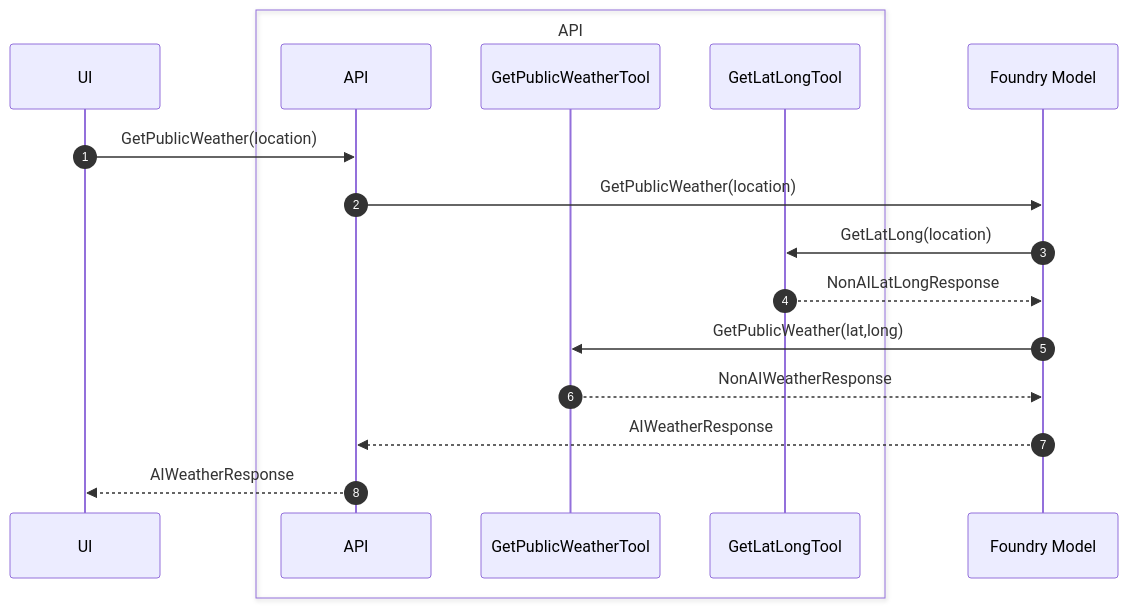
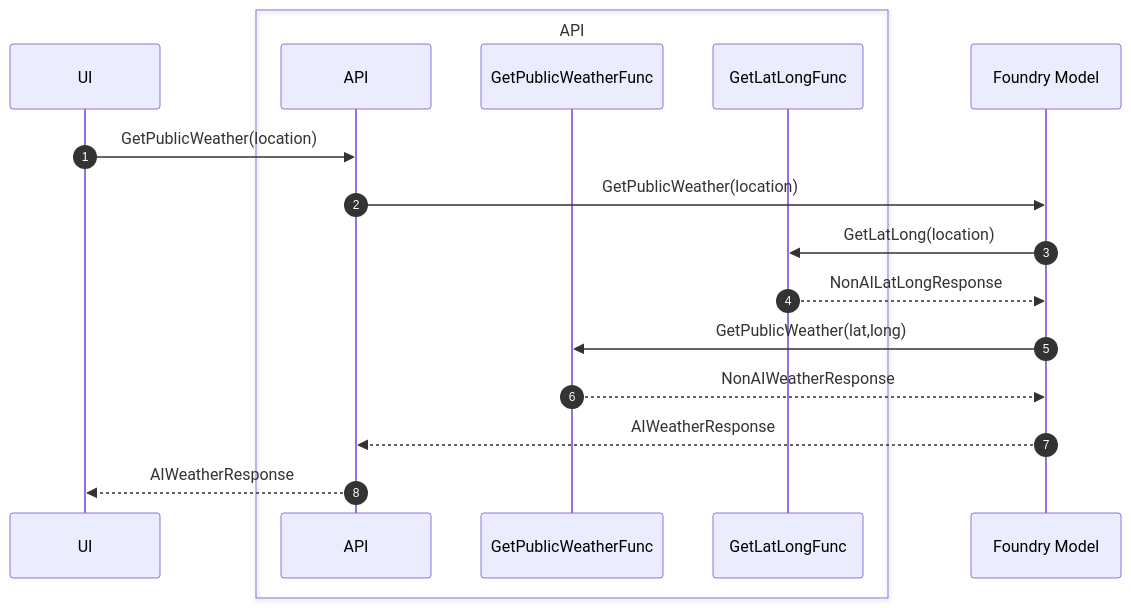
The first of 2 diagrams in docs/3-foundry-mcp/agents-models-mcp.md (dustinkorzaan/weather-1116), drawn with Mermaid before and after one commit.

Commit message:
V3 only: rename Tool participants to Func

````diff
--- a/docs/3-foundry-mcp/agents-models-mcp.md
+++ b/docs/3-foundry-mcp/agents-models-mcp.md
@@ -53,20 +53,20 @@
   ```mermaid
   sequenceDiagram
       autonumber
       participant UI
       box API
           participant API
-          participant GetPublicWeatherTool
-          participant GetLatLongTool
+          participant GetPublicWeatherFunc
+          participant GetLatLongFunc
       end
       participant Model as Foundry Model
 
       UI->>API: GetPublicWeather(location)
       API->>Model: GetPublicWeather(location)
-      Model->>GetLatLongTool: GetLatLong(location)
-      GetLatLongTool-->>Model: NonAILatLongResponse
-      Model->>GetPublicWeatherTool: GetPublicWeather(lat,long)
-      GetPublicWeatherTool-->>Model: NonAIWeatherResponse
+      Model->>GetLatLongFunc: GetLatLong(location)
+      GetLatLongFunc-->>Model: NonAILatLongResponse
+      Model->>GetPublicWeatherFunc: GetPublicWeather(lat,long)
+      GetPublicWeatherFunc-->>Model: NonAIWeatherResponse
       Model-->>API: AIWeatherResponse
       API-->>UI: AIWeatherResponse
   ```
````
